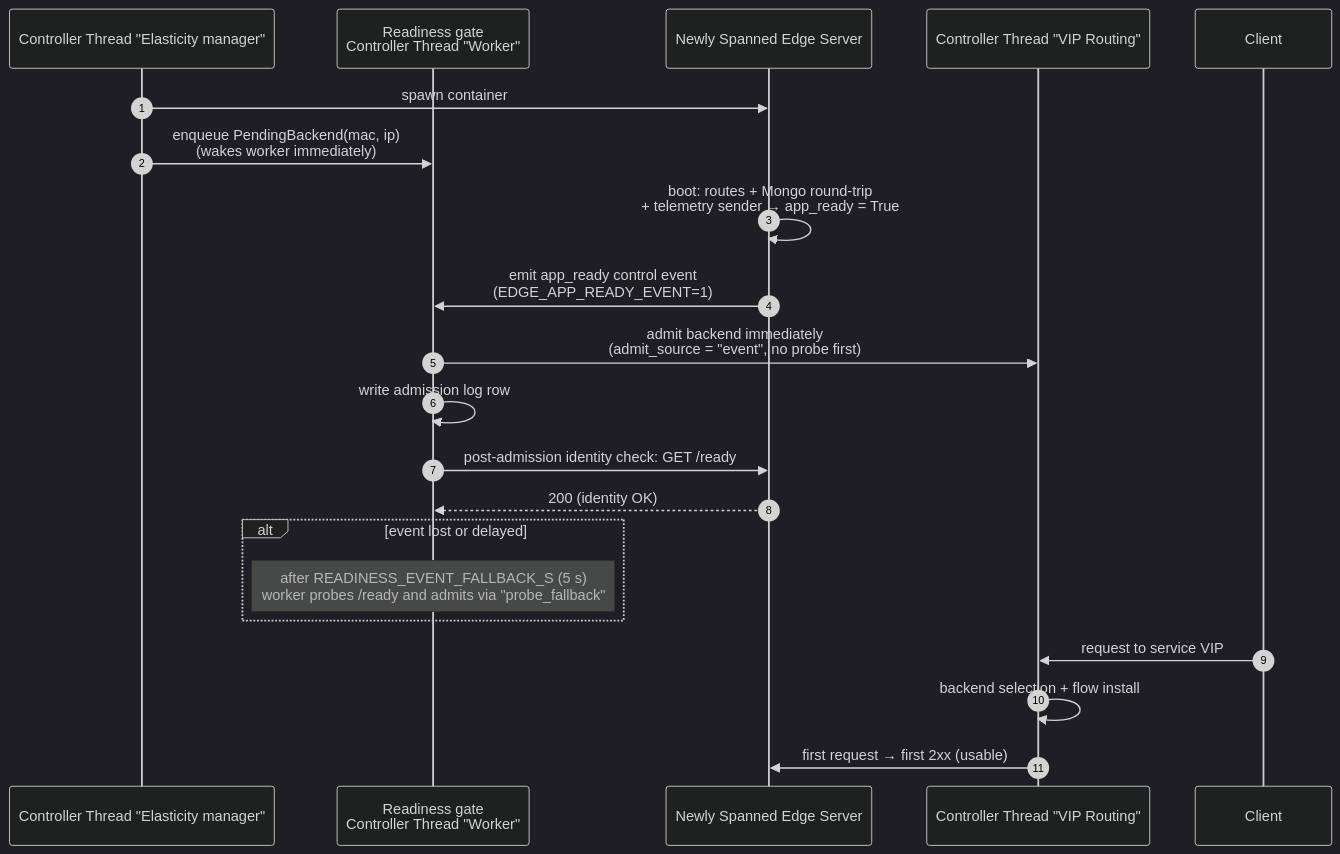
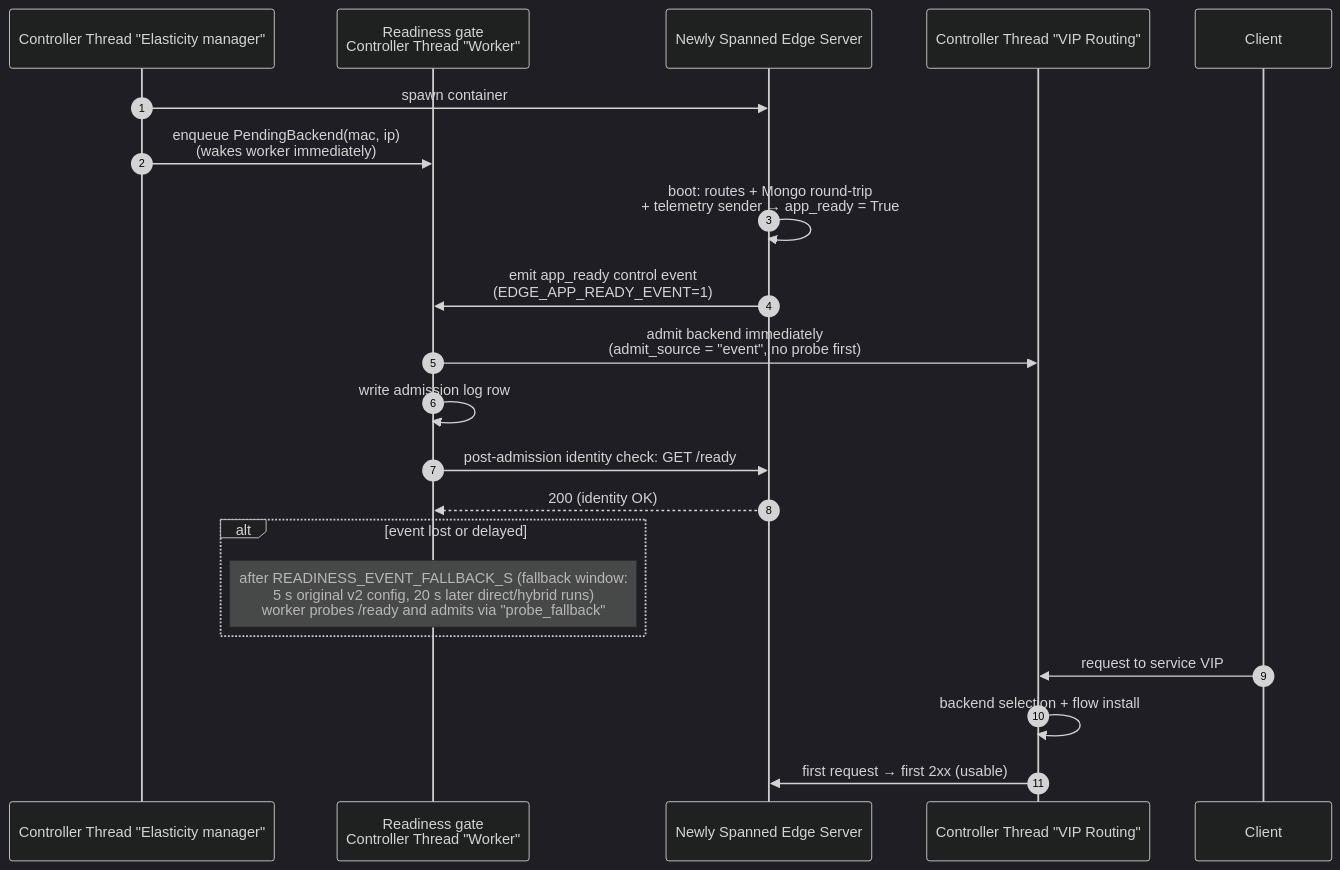
Before and after one commit to poioe20p/efficient-storage-in-edge-scenarios: the second of 2 diagrams in tese/research_questions/rq3/rq3_diagrams.md, drawn with Mermaid (dark theme). The commit also changed other lines of this file and 82 other files, not shown here.

````diff
--- a/tese/research_questions/rq3/rq3_diagrams.md
+++ b/tese/research_questions/rq3/rq3_diagrams.md
@@ -77,24 +79,24 @@
 ```mermaid
 sequenceDiagram
     autonumber
     participant E as Controller Thread "Elasticity manager"
     participant G as Readiness gate<br/> Controller Thread "Worker"
     participant S as Newly Spanned Edge Server
     participant P as Controller Thread "VIP Routing"
     participant C as Client
 
     E->>S: spawn container
     E->>G: enqueue PendingBackend(mac, ip)<br/>(wakes worker immediately)
     S->>S: boot: routes + Mongo round-trip<br/>+ telemetry sender → app_ready = True
     S->>G: emit app_ready control event<br/>(EDGE_APP_READY_EVENT=1)
     G->>P: admit backend immediately<br/>(admit_source = "event", no probe first)
     G->>G: write admission log row
     G->>S: post-admission identity check: GET /ready
     S-->>G: 200 (identity OK)
     alt event lost or delayed
-        Note over G: after READINESS_EVENT_FALLBACK_S (5 s)<br/>worker probes /ready and admits via "probe_fallback"
+        Note over G: after READINESS_EVENT_FALLBACK_S (fallback window:<br/>5 s original v2 config, 20 s later direct/hybrid runs)<br/>worker probes /ready and admits via "probe_fallback"
     end
     C->>P: request to service VIP
     P->>P: backend selection + flow install
     P->>S: first request → first 2xx (usable)
 ```
````
